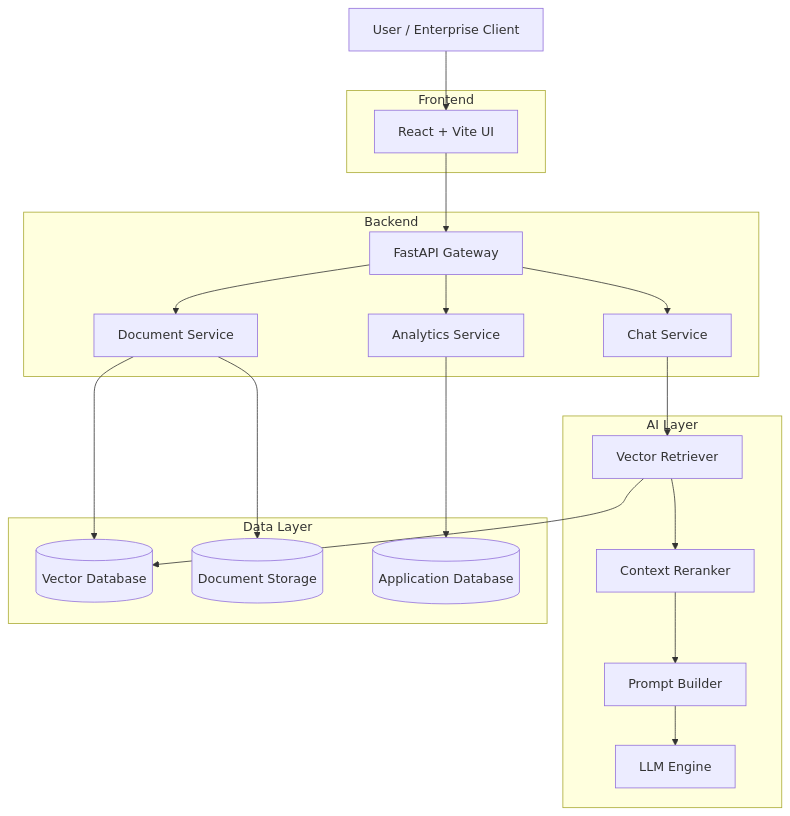
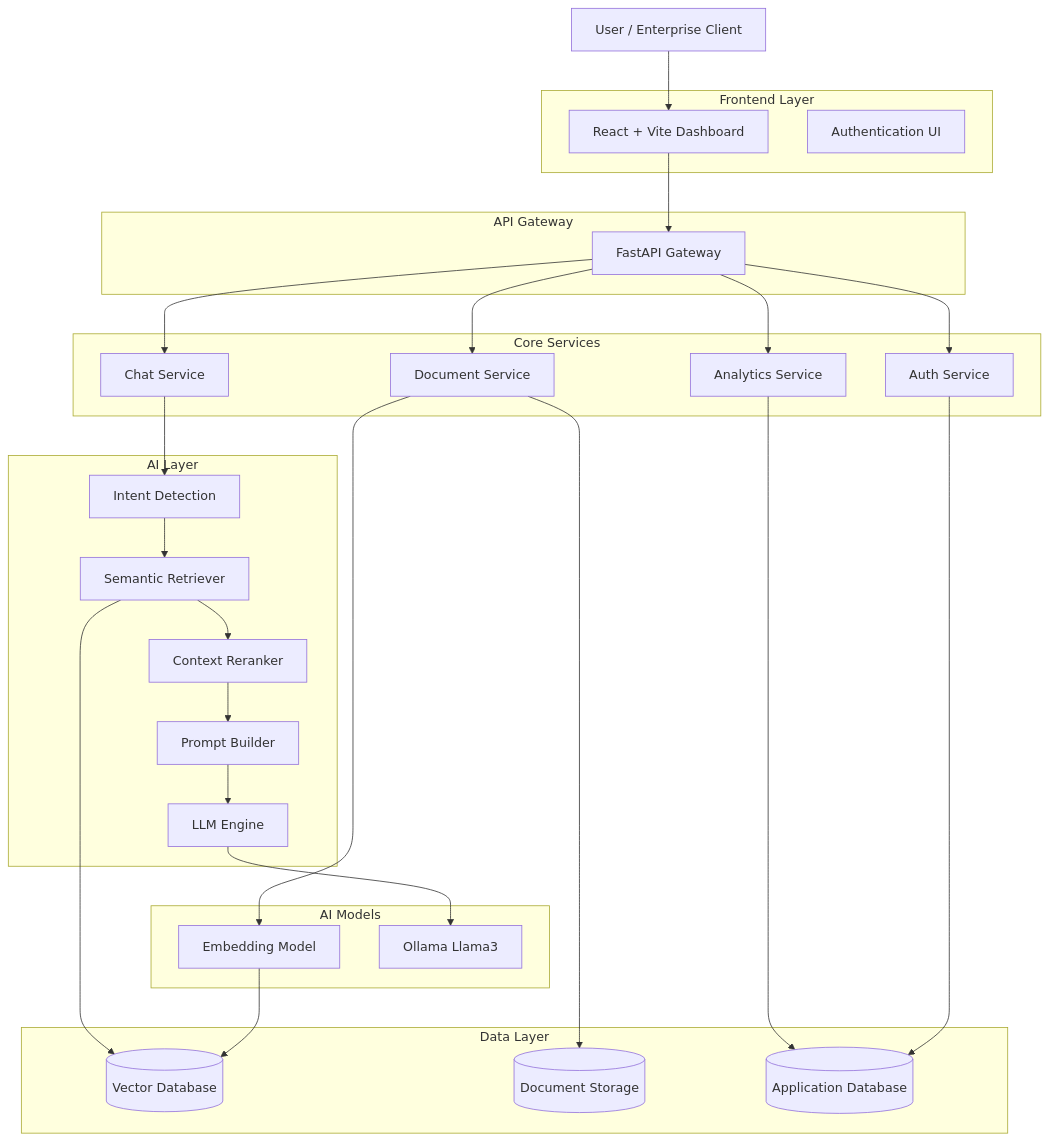
One commit to LoganthP/NexusAI changed the first of 2 diagrams in README.md. Above: the diagram before and after it, drawn with Mermaid. The commit also changed other lines of this file, not shown here.

````diff
--- a/README.md
+++ b/README.md
@@ -78,49 +77,65 @@
 ```mermaid
 flowchart TB
 
 User[User / Enterprise Client]
 
-subgraph Frontend
-UI[React + Vite UI]
+subgraph Frontend Layer
+UI[React + Vite Dashboard]
+AuthUI[Authentication UI]
 end
 
-subgraph Backend
-API[FastAPI Gateway]
+subgraph API Gateway
+Gateway[FastAPI Gateway]
+end
+
+subgraph Core Services
 ChatService[Chat Service]
 DocService[Document Service]
 AnalyticsService[Analytics Service]
+AuthService[Auth Service]
 end
 
 subgraph AI Layer
-Retriever[Vector Retriever]
+Intent[Intent Detection]
+Retriever[Semantic Retriever]
 Reranker[Context Reranker]
 PromptBuilder[Prompt Builder]
 LLM[LLM Engine]
 end
 
 subgraph Data Layer
 VectorDB[(Vector Database)]
-DocStorage[(Document Storage)]
+DocStore[(Document Storage)]
 SQLDB[(Application Database)]
 end
 
+subgraph AI Models
+EmbedModel[Embedding Model]
+LocalLLM[Ollama Llama3]
+end
+
 User --> UI
-UI --> API
+UI --> Gateway
 
-API --> ChatService
-API --> DocService
-API --> AnalyticsService
+Gateway --> ChatService
+Gateway --> DocService
+Gateway --> AnalyticsService
+Gateway --> AuthService
 
-ChatService --> Retriever
+ChatService --> Intent
+Intent --> Retriever
 Retriever --> VectorDB
 
 Retriever --> Reranker
 Reranker --> PromptBuilder
 
 PromptBuilder --> LLM
+LLM --> LocalLLM
 
-DocService --> DocStorage
-DocService --> VectorDB
+DocService --> DocStore
+DocService --> EmbedModel
+EmbedModel --> VectorDB
 
 AnalyticsService --> SQLDB
+AuthService --> SQLDB
 ```
````
